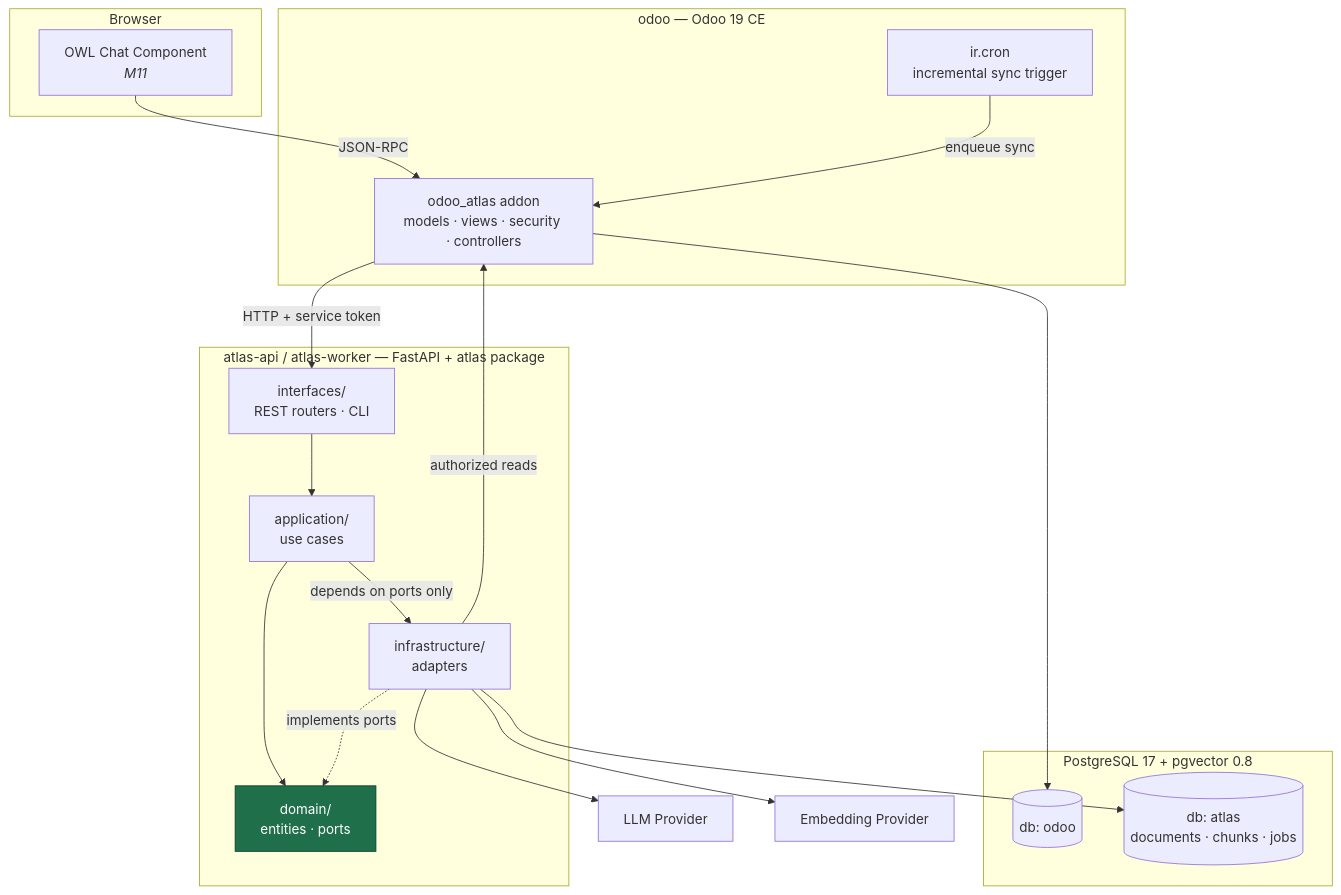
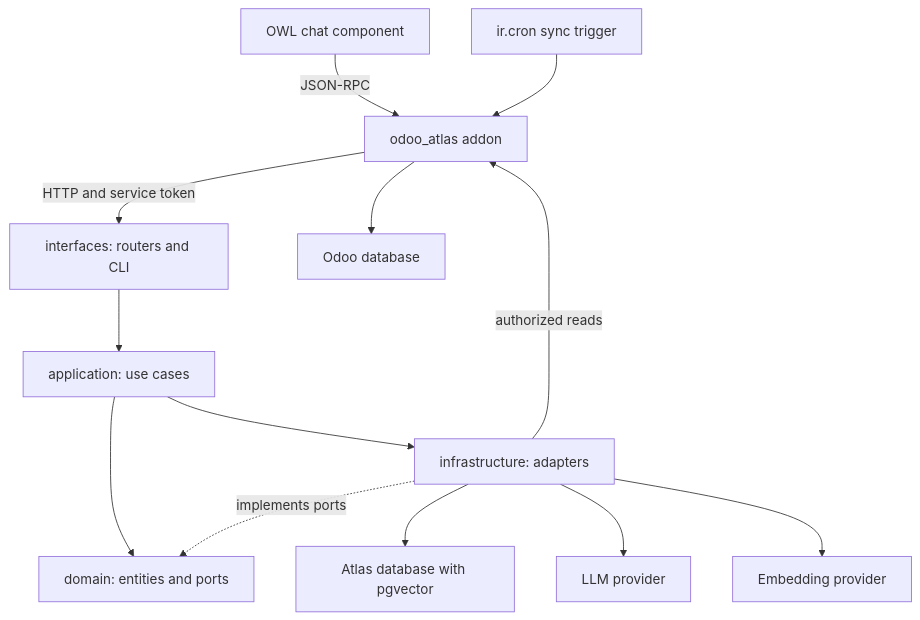
The second of 2 diagrams in docs/architecture/01-overview.md (Spideyman198/Atlas), drawn with Mermaid before and after one commit. The commit also changed other lines of this file and 1 other file, not shown here.

Commit message:
fix(docs): repair two Mermaid diagrams that fail to render on GitHub

````diff
--- a/docs/architecture/01-overview.md
+++ b/docs/architecture/01-overview.md
@@ -41,42 +27,16 @@
 ```mermaid
 flowchart TB
-    subgraph browser["Browser"]
-        owl["OWL Chat Component<br/><i>M11</i>"]
-    end
-
-    subgraph odoo_c["odoo — Odoo 19 CE"]
-        addon["odoo_atlas addon<br/>models · views · security · controllers"]
-        cron["ir.cron<br/>incremental sync trigger"]
-    end
-
-    subgraph engine["atlas-api / atlas-worker — FastAPI + atlas package"]
-        iface["interfaces/<br/>REST routers · CLI"]
-        app["application/<br/>use cases"]
-        dom["domain/<br/>entities · ports"]
-        infra["infrastructure/<br/>adapters"]
-    end
-
-    subgraph pg["PostgreSQL 17 + pgvector 0.8"]
-        dbodoo[("db: odoo")]
-        dbatlas[("db: atlas<br/>documents · chunks · jobs")]
-    end
-
-    ext_llm["LLM Provider"]
-    ext_emb["Embedding Provider"]
-
-    owl -->|"JSON-RPC"| addon
-    addon -->|"HTTP + service token"| iface
-    cron -->|"enqueue sync"| addon
-    iface --> app
-    app --> dom
-    infra -.->|"implements ports"| dom
-    app -->|"depends on ports only"| infra
-    addon --> dbodoo
-    infra --> dbatlas
-    infra -->|"authorized reads"| addon
-    infra --> ext_llm
-    infra --> ext_emb
-
-    classDef pure fill:#1f6f4a,stroke:#0d3d28,color:#fff
-    class dom pure
+    owl[OWL chat component] -->|JSON-RPC| addon
+    cron[ir.cron sync trigger] --> addon
+    addon[odoo_atlas addon] -->|HTTP and service token| iface
+    iface[interfaces: routers and CLI] --> app
+    app[application: use cases] --> dom
+    app --> infra
+    dom[domain: entities and ports]
+    infra[infrastructure: adapters] -.->|implements ports| dom
+    infra -->|authorized reads| addon
+    addon --> dbodoo[Odoo database]
+    infra --> dbatlas[Atlas database with pgvector]
+    infra --> llm[LLM provider]
+    infra --> emb[Embedding provider]
 ```
````
